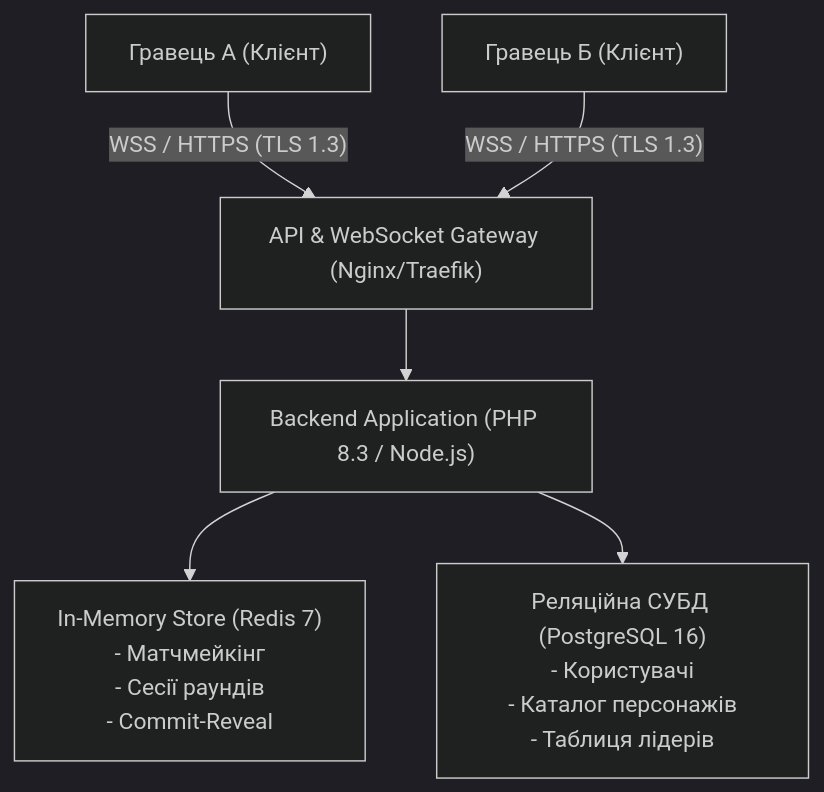
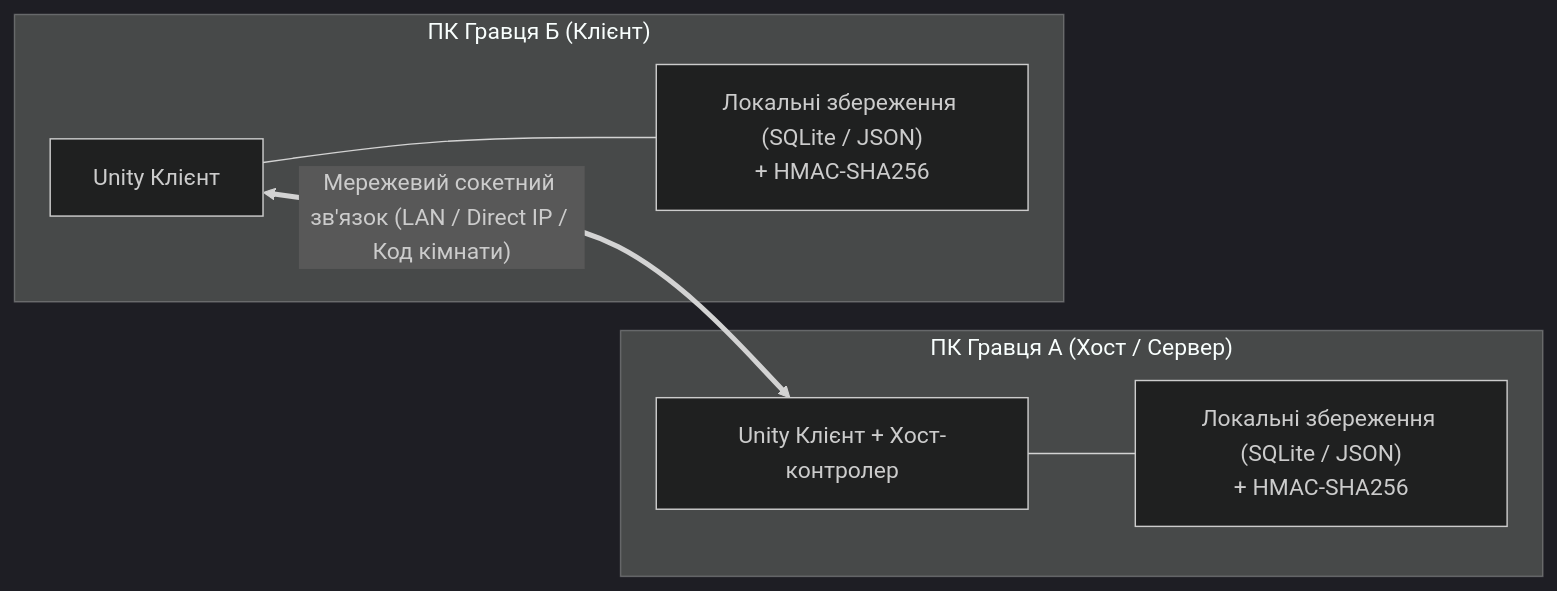
One commit to L-Lawliet69/program-security--lab-2026-mykhailo-zaporozhchenko changed the first of 4 diagrams in docs/architecture.md. Above: the diagram before and after it, drawn with Mermaid (dark theme). The commit also changed other lines of this file and 19 other files, not shown here.

````diff
--- a/docs/architecture.md
+++ b/docs/architecture.md
@@ -41,10 +42,16 @@
 ```mermaid
-flowchart TD
-    PlayerA["Гравець А (Клієнт)"] -- "WSS / HTTPS (TLS 1.3)" --> Gateway["API & WebSocket Gateway (Nginx/Traefik)"]
-    PlayerB["Гравець Б (Клієнт)"] -- "WSS / HTTPS (TLS 1.3)" --> Gateway
+flowchart LR
+    subgraph HostPC ["ПК Гравця А (Хост / Сервер)"]
+        UnityHost["Unity Клієнт + Хост-контролер"]
+        LocalSaveA["Локальні збереження (SQLite / JSON)\n+ HMAC-SHA256"]
+        UnityHost --- LocalSaveA
+    end
 
-    Gateway --> AppService["Backend Application (PHP 8.3 / Node.js)"]
+    subgraph ClientPC ["ПК Гравця Б (Клієнт)"]
+        UnityClient["Unity Клієнт"]
+        LocalSaveB["Локальні збереження (SQLite / JSON)\n+ HMAC-SHA256"]
+        UnityClient --- LocalSaveB
+    end
 
-    AppService --> RedisCache["In-Memory Store (Redis 7)\n- Матчмейкінг\n- Сесії раундів\n- Commit-Reveal"]
-    AppService --> PostgresDB["Реляційна СУБД (PostgreSQL 16)\n- Користувачі\n- Каталог персонажів\n- Таблиця лідерів"]
+    UnityClient <== "Мережевий сокетний зв'язок (LAN / Direct IP / Код кімнати)" ==> UnityHost
 ```
````
